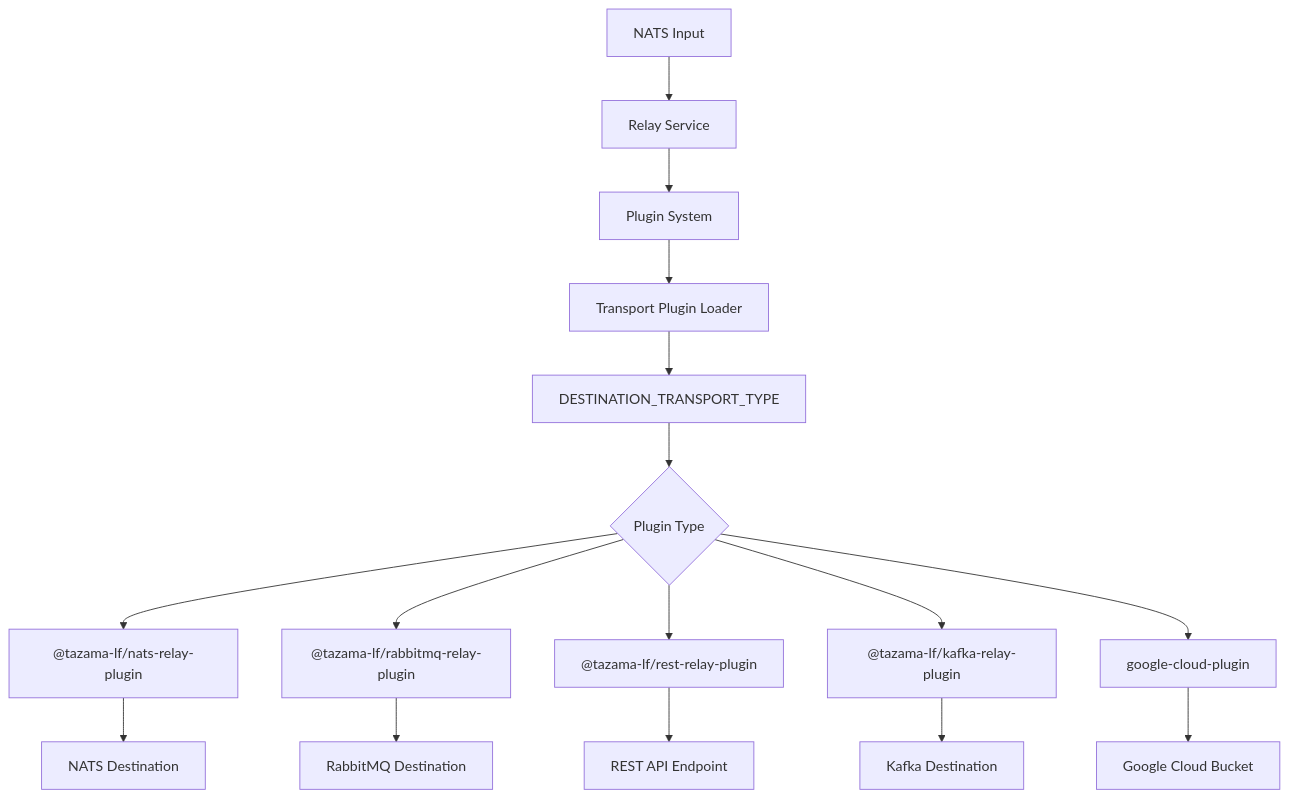
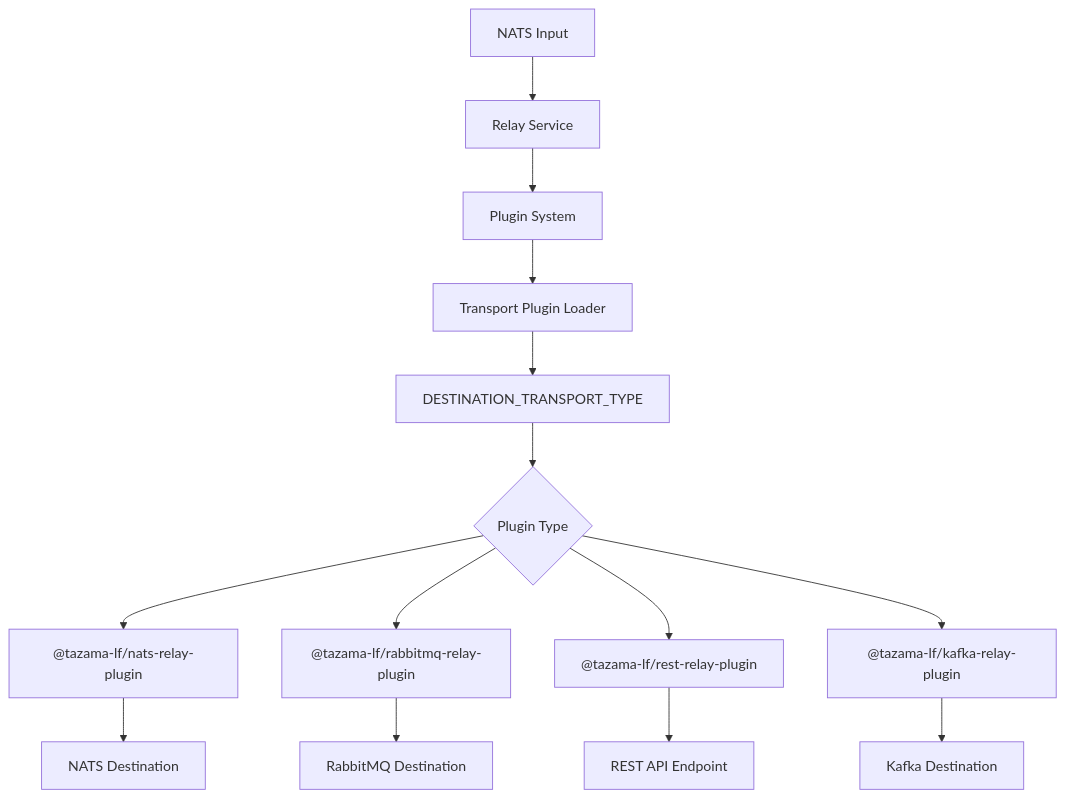
Before and after one commit to tazama-lf/relay-service: the first of 3 diagrams in README.md, drawn with Mermaid. The commit also changed other lines of this file and 13 other files, not shown here.

````diff
--- a/README.md
+++ b/README.md
@@ -117,23 +140,20 @@
 ```mermaid
 graph TD
   A[NATS Input] --> B[Relay Service]
   B --> C[Plugin System]
   C --> D[Transport Plugin Loader]
   D --> E[DESTINATION_TRANSPORT_TYPE]
   E --> F{Plugin Type}
 
   F --> G["@tazama-lf/nats-relay-plugin"]
   G --> L[NATS Destination]
 
   F --> H["@tazama-lf/rabbitmq-relay-plugin"]
   H --> M[RabbitMQ Destination]
 
   F --> I["@tazama-lf/rest-relay-plugin"]
   I --> N[REST API Endpoint]
 
   F --> J["@tazama-lf/kafka-relay-plugin"]
   J --> O[Kafka Destination]
-
-  F --> K["google-cloud-plugin"]
-  K --> P[Google Cloud Bucket]
 ```
````
